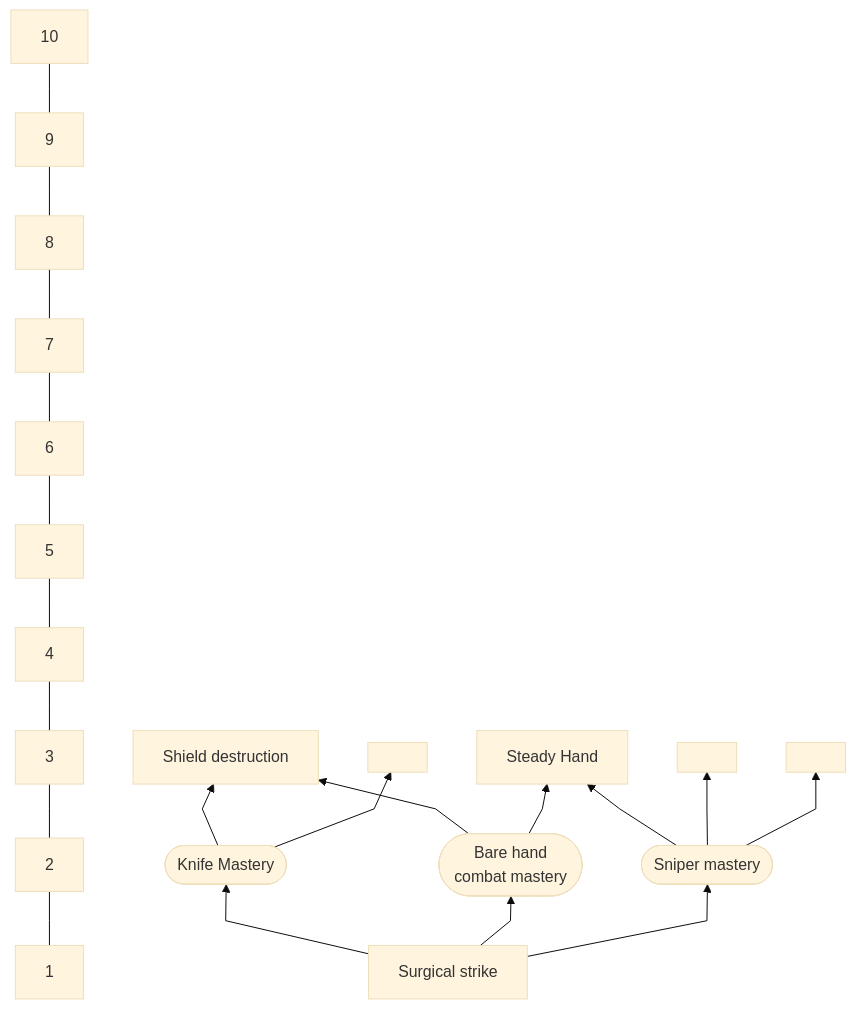
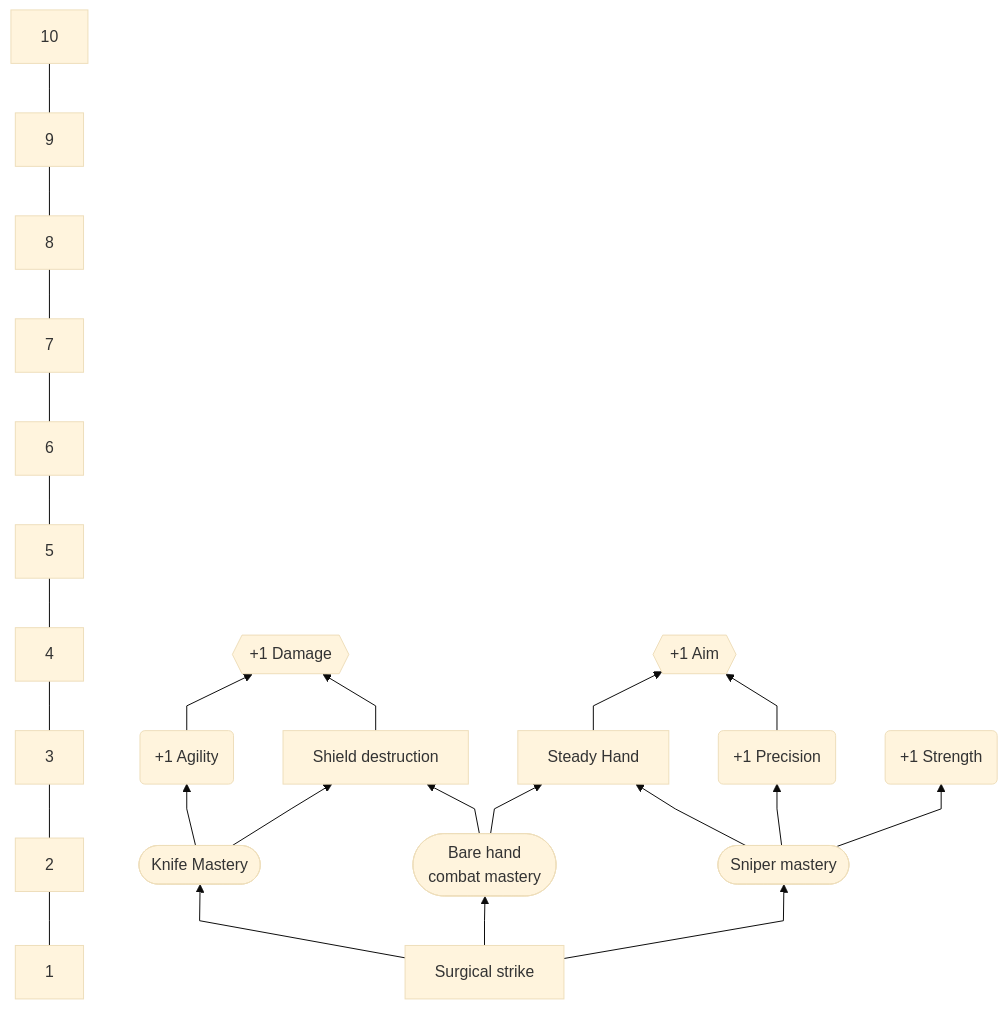
One commit to S1ss3l/Project-U changed the diagram in Gameplay Manual/Class/Assassin.md. Above: the diagram before and after it, drawn with Mermaid (base theme).

Commit message:
2022-07-14 14:21:23 backup, 1 files changed
Affected files:
Gameplay Manual/Class/Assassin.md

````diff
--- a/Gameplay Manual/Class/Assassin.md
+++ b/Gameplay Manual/Class/Assassin.md
@@ -4,11 +4,13 @@
 ```mermaid
 %%{init:{"flowchart":{"curve":"linear"}}}%%
 graph BT;
 1---2---3---4---5---6---7---8---9---10
 us[Surgical strike]-->lvl1.1([Knife Mastery]) & lvl1.3([Bare hand <br> combat mastery]) & lvl1.2([Sniper mastery])
+lvl1.1 --> lvl2.3(+1 Agility)
 lvl1.3 & lvl1.1 --> lvl2.1[Shield destruction]
 lvl1.3 & lvl1.2 --> lvl2.2[Steady Hand]
-lvl1.1 --> lvl2.3[ ]
-lvl1.2 --> lvl2.4[ ]
-lvl1.2 --> lvl2.5[ ] 
+lvl1.2 --> lvl2.4(+1 Precision)
+lvl1.2 --> lvl2.5(+1 Strength) 
+lvl2.4 & lvl2.2-->lvl4.1{{+1 Aim}}
+lvl2.3 & lvl2.1 --> lvl4.2{{+1 Damage}}
 ```
````
